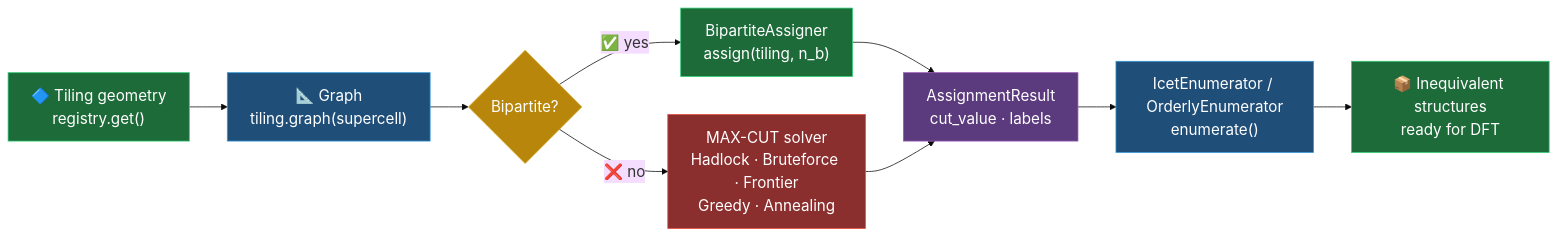
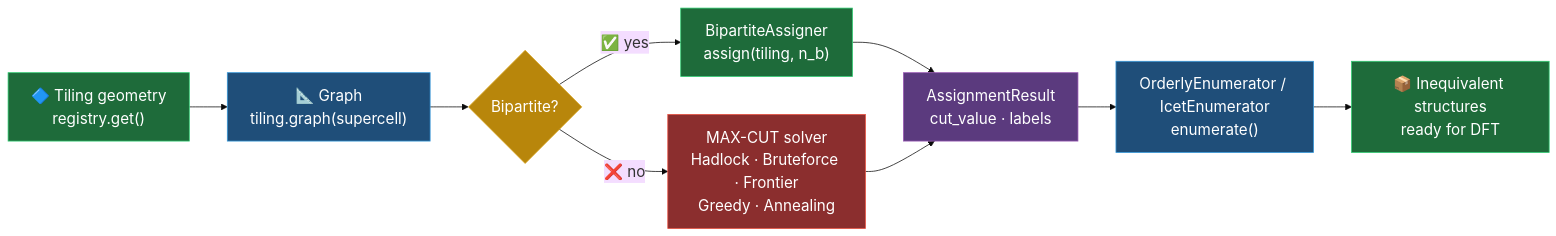
One commit to archimono/archimono changed the diagram in README.md. Above: the diagram before and after it, drawn with Mermaid. The commit also changed other lines of this file and 1 other file, not shown here.

First line of the commit message:
docs: lead with orderly backend over icet in README and api.rst

````diff
--- a/README.md
+++ b/README.md
@@ -17,31 +17,31 @@
 ```mermaid
 %%{init: {'theme':'base','themeVariables':{'fontSize':'20px'}}}%%
 flowchart LR
     A["🔷 Tiling geometry<br/>registry.get()"]
     B["📐 Graph<br/>tiling.graph(supercell)"]
     C{Bipartite?}
     D["BipartiteAssigner<br/>assign(tiling, n_b)"]
     E["MAX-CUT solver<br/>Hadlock · Bruteforce · Frontier<br/>Greedy · Annealing"]
     F["AssignmentResult<br/>cut_value · labels"]
-    G["IcetEnumerator / OrderlyEnumerator<br/>enumerate()"]
+    G["OrderlyEnumerator / IcetEnumerator<br/>enumerate()"]
     H["📦 Inequivalent structures<br/>ready for DFT"]
 
     A --> B --> C
     C -- "✅ yes" --> D
     C -- "❌ no" --> E
     D --> F
     E --> F
     F --> G --> H
 
     classDef green fill:#1e6b3a,stroke:#2ecc71,color:#ffffff
     classDef blue fill:#1f4e79,stroke:#3498db,color:#ffffff
     classDef gold fill:#b8860b,stroke:#daa520,color:#ffffff
     classDef red fill:#8b2e2e,stroke:#e74c3c,color:#ffffff
     classDef purple fill:#5b3a7e,stroke:#9b59b6,color:#ffffff
 
     class A,D,H green
     class B,G blue
     class C gold
     class E red
     class F purple
 ```
````
